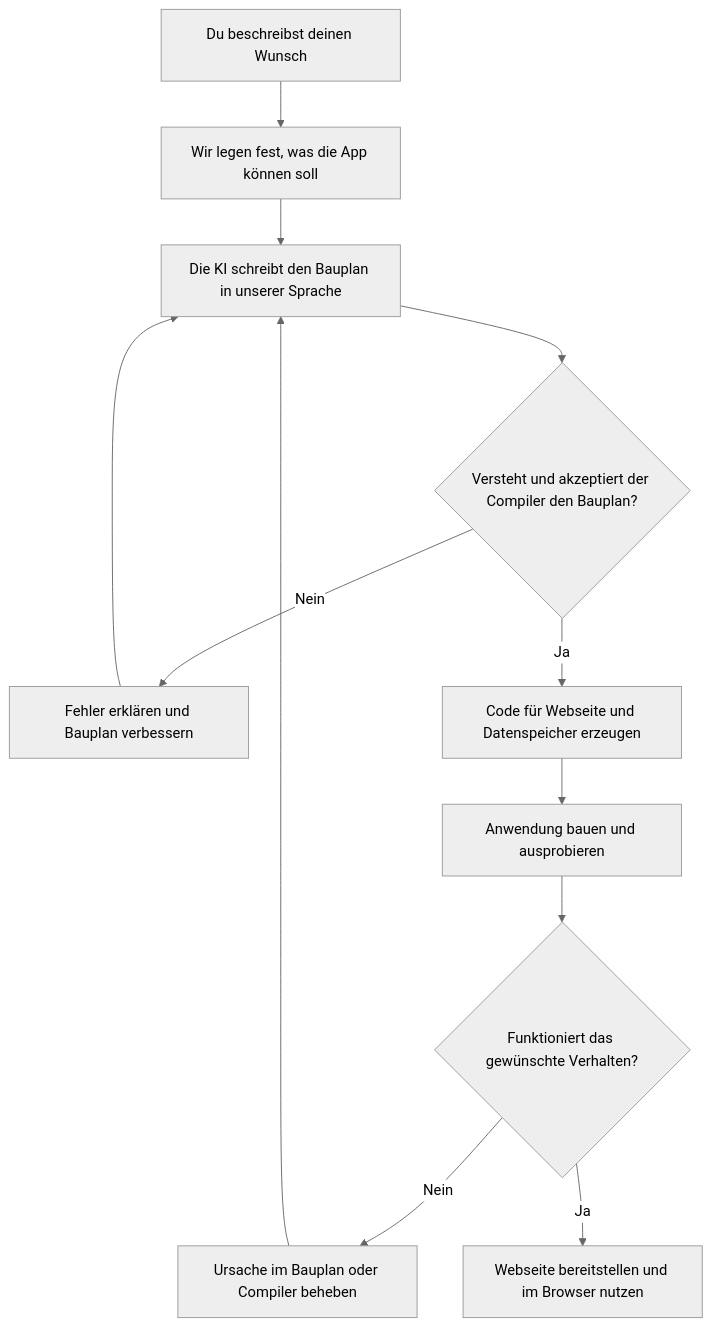
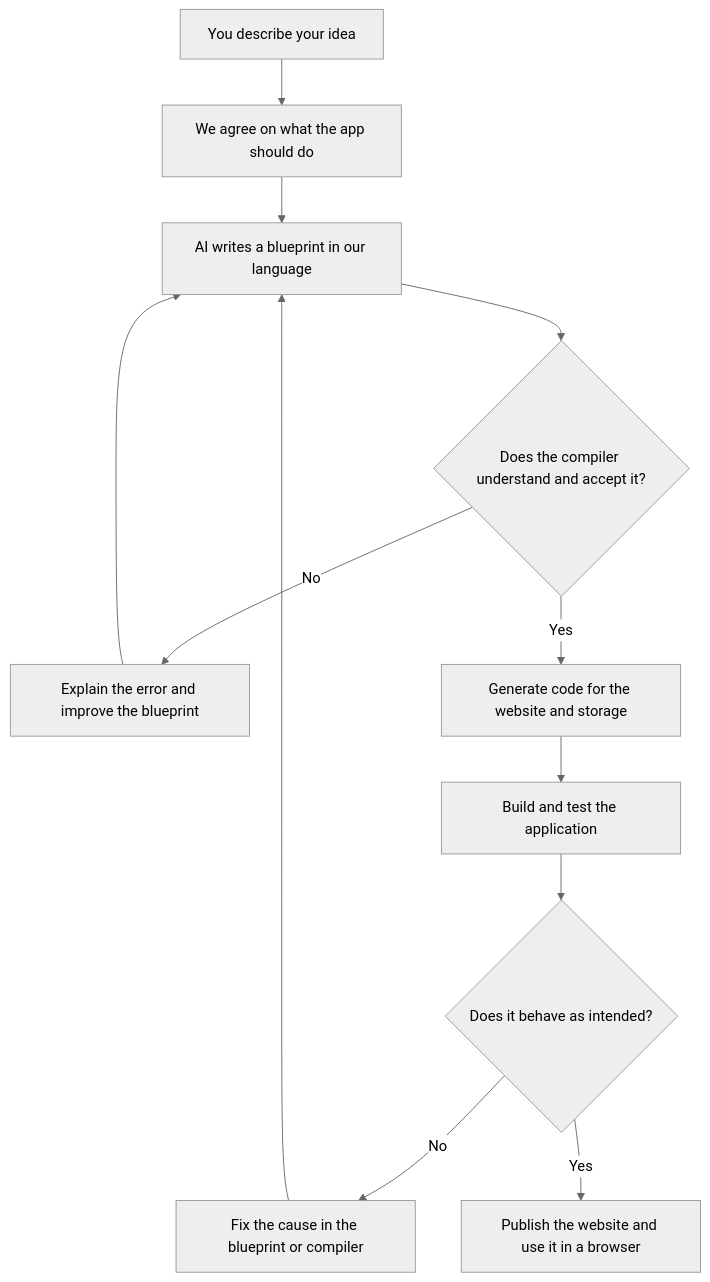
The diagram in README.md (ShadowsInThe-Space/llm-language-mvp), drawn with Mermaid (neutral theme) before and after one commit. The commit also changed other lines of this file and 1 other file, not shown here.

First line of the commit message:
docs: translate the plain-language README into English

````diff
--- a/README.md
+++ b/README.md
@@ -29,14 +29,14 @@
 ```mermaid
 flowchart TD
-    A["Du beschreibst deinen Wunsch"] --> B["Wir legen fest, was die App können soll"]
-    B --> C["Die KI schreibt den Bauplan in unserer Sprache"]
-    C --> D{"Versteht und akzeptiert der Compiler den Bauplan?"}
-    D -->|Nein| E["Fehler erklären und Bauplan verbessern"]
+    A["You describe your idea"] --> B["We agree on what the app should do"]
+    B --> C["AI writes a blueprint in our language"]
+    C --> D{"Does the compiler understand and accept it?"}
+    D -->|No| E["Explain the error and improve the blueprint"]
     E --> C
-    D -->|Ja| F["Code für Webseite und Datenspeicher erzeugen"]
-    F --> G["Anwendung bauen und ausprobieren"]
-    G --> H{"Funktioniert das gewünschte Verhalten?"}
-    H -->|Nein| I["Ursache im Bauplan oder Compiler beheben"]
+    D -->|Yes| F["Generate code for the website and storage"]
+    F --> G["Build and test the application"]
+    G --> H{"Does it behave as intended?"}
+    H -->|No| I["Fix the cause in the blueprint or compiler"]
     I --> C
-    H -->|Ja| J["Webseite bereitstellen und im Browser nutzen"]
+    H -->|Yes| J["Publish the website and use it in a browser"]
 ```
````
